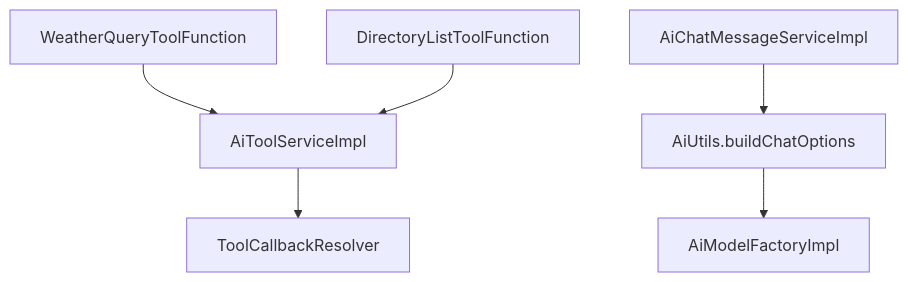
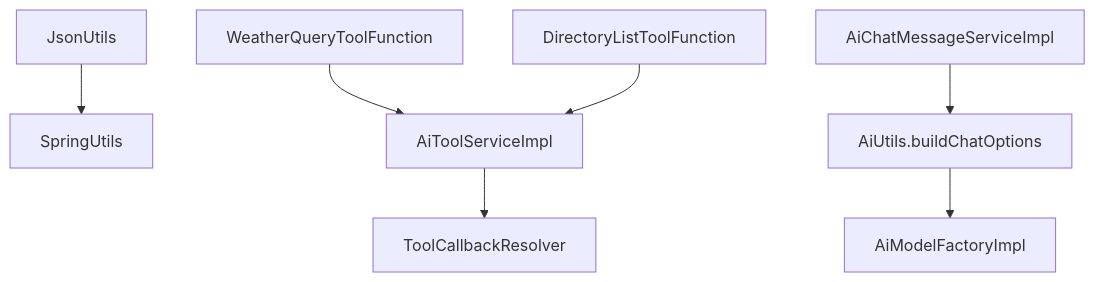
Before and after one commit to X555LB/data-ai: the eighth of 8 diagrams in .qoder/repowiki/zh/content/工具函数系统.md, drawn with Mermaid. The commit also changed other lines of this file and 11 other files, not shown here.

````diff
--- a/.qoder/repowiki/zh/content/工具函数系统.md
+++ b/.qoder/repowiki/zh/content/工具函数系统.md
@@ -341,15 +443,18 @@
 ```mermaid
 graph TB
 WF["WeatherQueryToolFunction"]
 DF["DirectoryListToolFunction"]
+JU["JsonUtils"]
+SU["SpringUtils"]
 SVC["AiToolServiceImpl"]
 RES["ToolCallbackResolver"]
 OPT["AiUtils.buildChatOptions"]
 FAC["AiModelFactoryImpl"]
 CHAT["AiChatMessageServiceImpl"]
 WF --> SVC
 DF --> SVC
+JU --> SU
 SVC --> RES
 CHAT --> OPT
 OPT --> FAC
 ```
````
